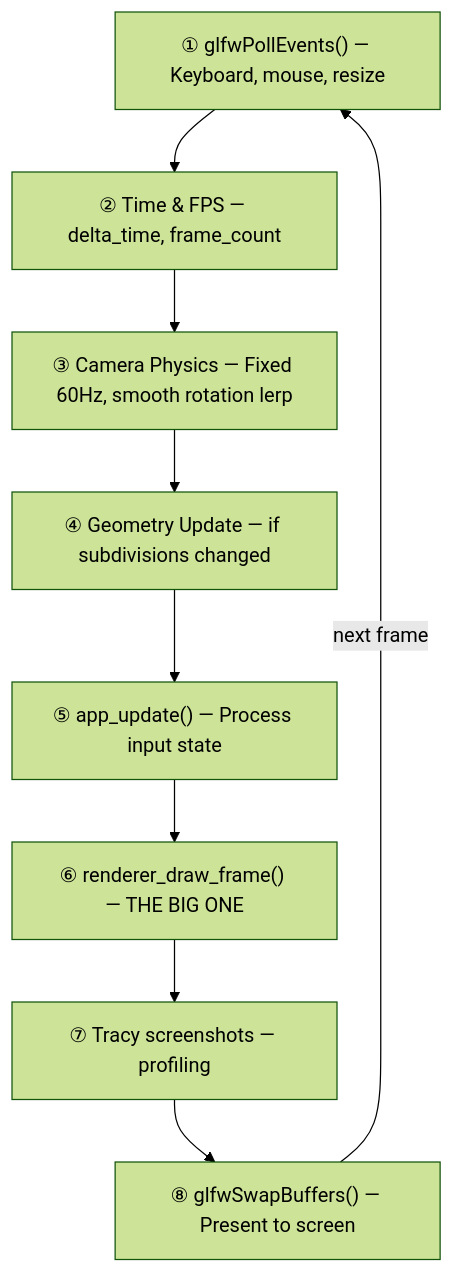
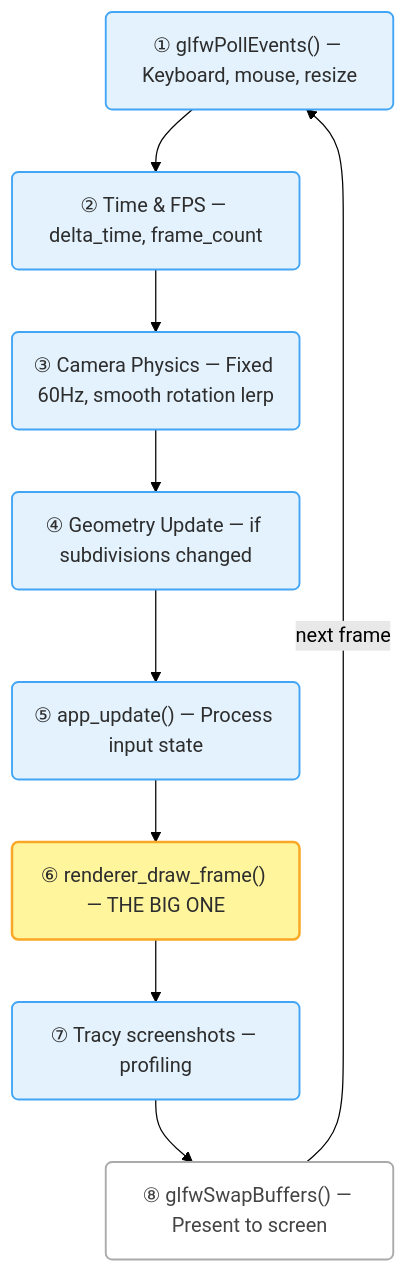
One commit to yoyonel/blog_source changed diagram 13 of 17 in content/suckless-ogl-anatomie-frame-en.md. Above: the diagram before and after it, drawn with Mermaid (forest theme). The commit also changed other lines of this file and 4 other files, not shown here.

First line of the commit message:
refactor(mermaid): hand-drawn style + forced light mode for all browsers

```diff
--- a/content/suckless-ogl-anatomie-frame-en.md
+++ b/content/suckless-ogl-anatomie-frame-en.md
@@ -637,12 +694,20 @@
 <pre class="mermaid">
 graph TD
-    A["① glfwPollEvents() — Keyboard, mouse, resize"]
-    A --> B["② Time & FPS — delta_time, frame_count"]
-    B --> C["③ Camera Physics — Fixed 60Hz, smooth rotation lerp"]
-    C --> D["④ Geometry Update — if subdivisions changed"]
-    D --> E["⑤ app_update() — Process input state"]
-    E --> F["⑥ renderer_draw_frame() — THE BIG ONE"]
-    F --> G["⑦ Tracy screenshots — profiling"]
-    G --> H["⑧ glfwSwapBuffers() — Present to screen"]
+    A("① glfwPollEvents() — Keyboard, mouse, resize")
+    A --> B("② Time & FPS — delta_time, frame_count")
+    B --> C("③ Camera Physics — Fixed 60Hz, smooth rotation lerp")
+    C --> D("④ Geometry Update — if subdivisions changed")
+    D --> E("⑤ app_update() — Process input state")
+    E --> F("⑥ renderer_draw_frame() — THE BIG ONE")
+    F --> G("⑦ Tracy screenshots — profiling")
+    G --> H("⑧ glfwSwapBuffers() — Present to screen")
     H -->|"next frame"| A
+
+    classDef keyFunc fill:#fff59d,stroke:#f9a825,stroke-width:2px,color:#2d2d2d
+    classDef loopNode fill:#e3f2fd,stroke:#42a5f5,stroke-width:1.5px,color:#2d2d2d
+    classDef subsystem fill:#ffffff,stroke:#aaaaaa,stroke-width:1.5px,color:#444444
+
+    class F keyFunc
+    class A,B,C,D,E,G loopNode
+    class H subsystem
 </pre>
```
